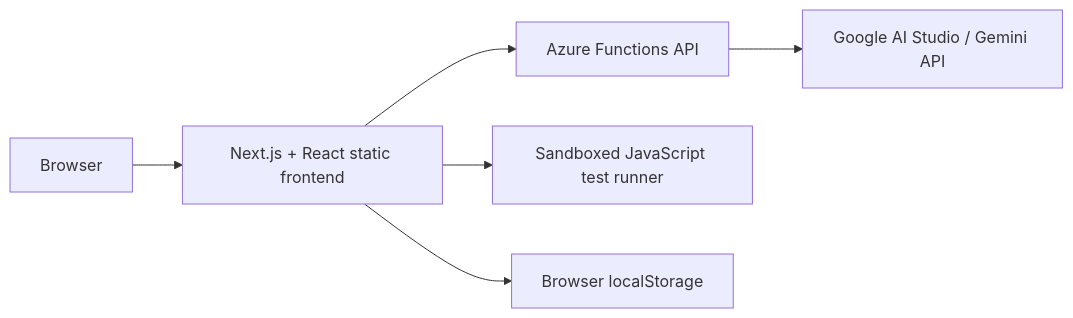
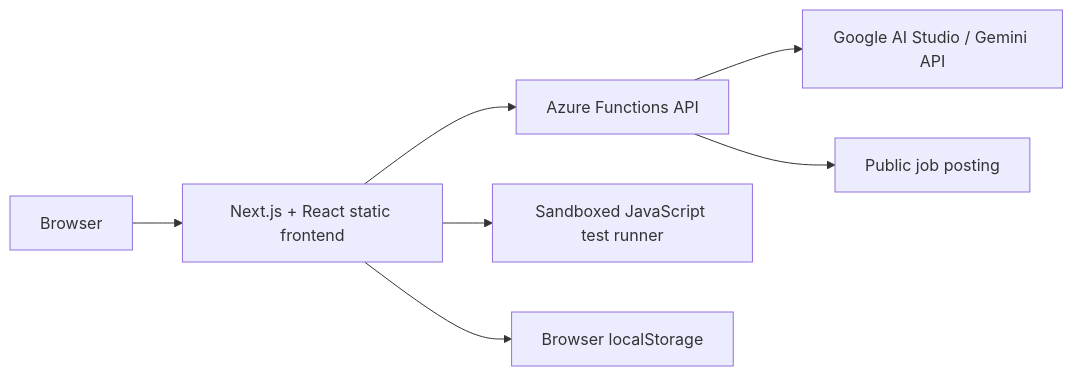
The diagram in README.md (BIngram17/InterviewIQ-Live-Demo), drawn with Mermaid before and after one commit. The commit also changed other lines of this file and 8 other files, not shown here.

````diff
--- a/README.md
+++ b/README.md
@@ -41,15 +46,17 @@
 ```mermaid
 flowchart LR
     U["Browser"]
     UI["Next.js + React static frontend"]
     API["Azure Functions API"]
     AI["Google AI Studio / Gemini API"]
     RUNNER["Sandboxed JavaScript test runner"]
     STORE["Browser localStorage"]
+    JOB["Public job posting"]
 
     U --> UI
     UI --> API
     API --> AI
     UI --> RUNNER
     UI --> STORE
+    API --> JOB
 ```
````
